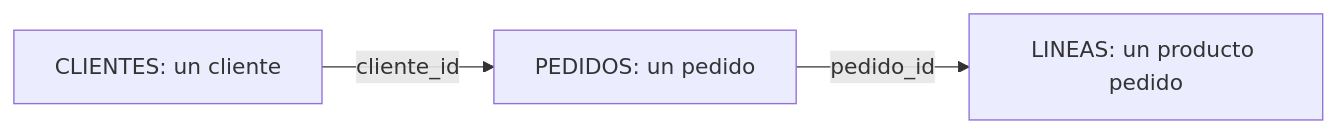
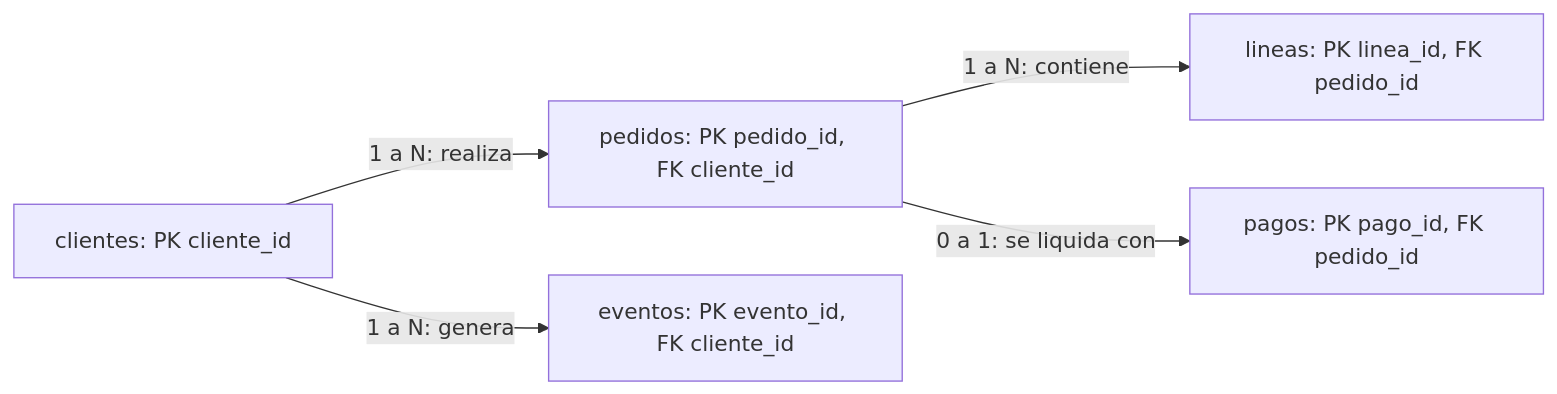
The diagram in curso/09-sql-nosql/lecciones/01-modelo-relacional-y-grano.md (Ayhur/CursoAnalista), drawn with Mermaid before and after one commit. The commit also changed other lines of this file and 12 other files, not shown here.

````diff
--- a/curso/09-sql-nosql/lecciones/01-modelo-relacional-y-grano.md
+++ b/curso/09-sql-nosql/lecciones/01-modelo-relacional-y-grano.md
@@ -11,5 +19,7 @@
 ```mermaid
 flowchart LR
- A[CLIENTES: un cliente] -->|cliente_id| B[PEDIDOS: un pedido]
- B -->|pedido_id| C[LINEAS: un producto pedido]
+    C[clientes: PK cliente_id] -->|1 a N: realiza| P[pedidos: PK pedido_id, FK cliente_id]
+    P -->|1 a N: contiene| L[lineas: PK linea_id, FK pedido_id]
+    P -->|0 a 1: se liquida con| G[pagos: PK pago_id, FK pedido_id]
+    C -->|1 a N: genera| E[eventos: PK evento_id, FK cliente_id]
 ```
````
